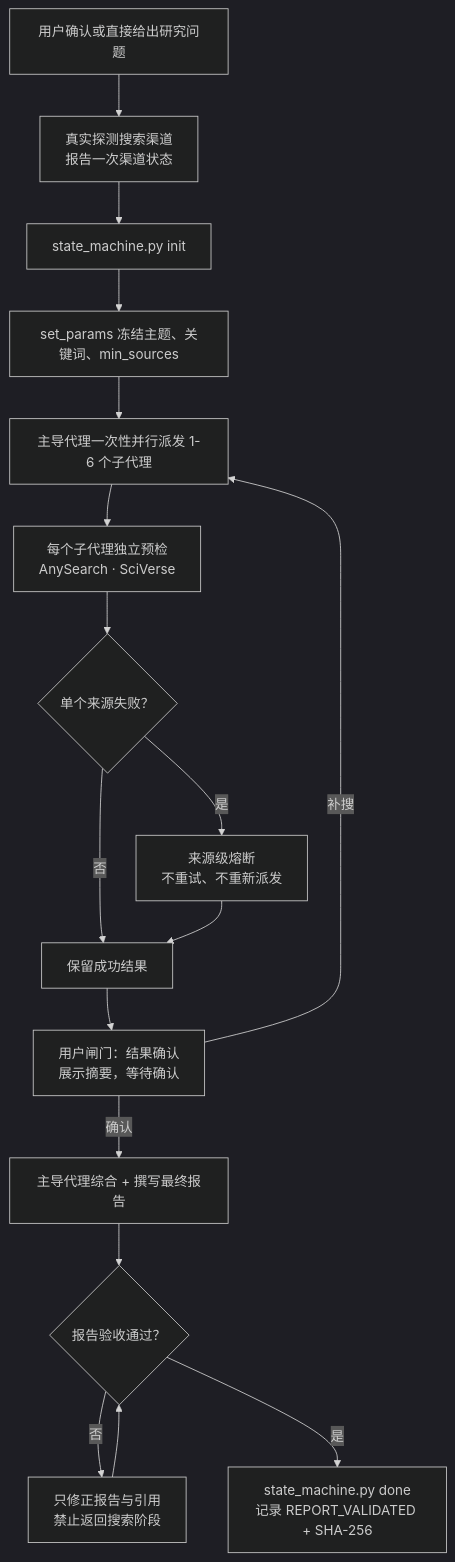
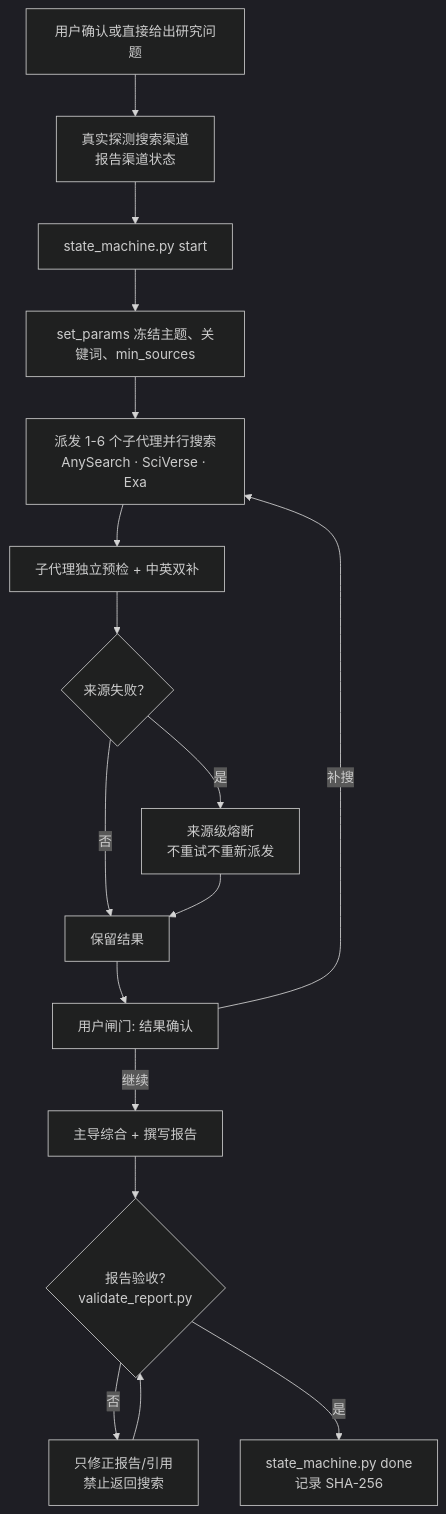
One commit to jefeerzhang/tri-research-skill changed the diagram in README.md. Above: the diagram before and after it, drawn with Mermaid (dark theme). The commit also changed other lines of this file, not shown here.

````diff
--- a/README.md
+++ b/README.md
@@ -48,19 +92,19 @@
 ```mermaid
 flowchart TD
-    U["用户确认或直接给出研究问题"] --> P["真实探测搜索渠道<br/>报告一次渠道状态"]
-    P --> SM0["state_machine.py init"]
+    U["用户确认或直接给出研究问题"] --> P["真实探测搜索渠道<br/>报告渠道状态"]
+    P --> SM0["state_machine.py start"]
     SM0 --> SM1["set_params 冻结主题、关键词、min_sources"]
-    SM1 --> D["主导代理一次性并行派发 1-6 个子代理"]
-    D --> Q["每个子代理独立预检<br/>AnySearch · SciVerse"]
-    Q --> F{"单个来源失败？"}
-    F -- "是" --> CB["来源级熔断<br/>不重试、不重新派发"]
-    F -- "否" --> R["保留成功结果"]
+    SM1 --> D["派发 1-6 个子代理并行搜索<br/>AnySearch · SciVerse · Exa"]
+    D --> Q["子代理独立预检 + 中英双补"]
+    Q --> F{"来源失败？"}
+    F -- "是" --> CB["来源级熔断<br/>不重试不重新派发"]
+    F -- "否" --> R["保留结果"]
     CB --> R
-    R --> C["用户闸门：结果确认<br/>展示摘要，等待确认"]
-    C -- "确认" --> S["主导代理综合 + 撰写最终报告"]
+    R --> C["用户闸门: 结果确认"]
+    C -- "继续" --> S["主导综合 + 撰写报告"]
     C -- "补搜" --> D
-    S --> V{"报告验收通过？"}
-    V -- "否" --> FIX["只修正报告与引用<br/>禁止返回搜索阶段"]
+    S --> V{"报告验收?<br/>validate_report.py"}
+    V -- "否" --> FIX["只修正报告/引用<br/>禁止返回搜索"]
     FIX --> V
-    V -- "是" --> SM2["state_machine.py done<br/>记录 REPORT_VALIDATED + SHA-256"]
+    V -- "是" --> SM2["state_machine.py done<br/>记录 SHA-256"]
 ```
````
